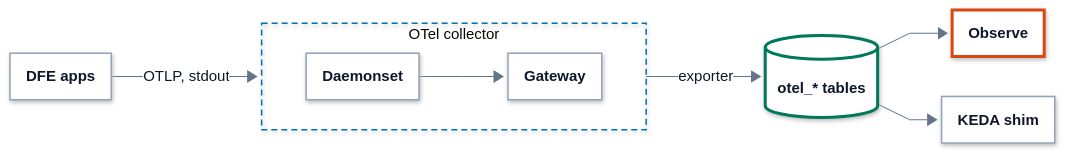
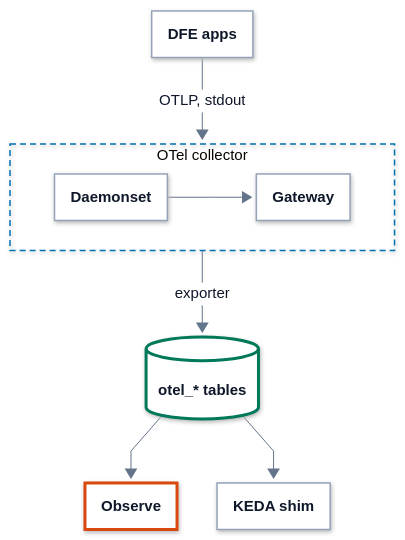
One commit to hyperi-io/dfe-engine changed the diagram in docs/deployment/observability-standard.md. Above: the diagram before and after it, drawn with Mermaid. The commit also changed 32 other files, not shown here.

First line of the commit message:
docs(architecture): engine page to the standard, diagrams to 860 px (#1209)

````diff
--- a/docs/deployment/observability-standard.md
+++ b/docs/deployment/observability-standard.md
@@ -10,81 +10,81 @@
 ```mermaid
 ---
 config:
   theme: base
   look: neo
   fontFamily: Inter, -apple-system, Segoe UI, Roboto, Helvetica, Arial, sans-serif
   flowchart:
     curve: linear
     nodeSpacing: 40
     rankSpacing: 64
     padding: 18
     wrappingWidth: 280
     htmlLabels: true
   elk:
     preset: modelOrder
   themeVariables:
     fontSize: 15px
     lineColor: "#64748B"
     primaryTextColor: "#0F172A"
     clusterBorder: "#0072B2"
     edgeLabelBackground: "#FFFFFF"
   themeCSS: >-
     p{margin:0}
     .node[data-look] rect,.node[data-look] path,.node[data-look] polygon,.node[data-look] .outer-path{filter:drop-shadow(0 1px 2px rgba(15,23,42,.10)) drop-shadow(0 6px 14px rgba(15,23,42,.10))}
     .node rect{rx:10px;ry:10px}
     .cluster rect{rx:16px;ry:16px}
     .node .label div{min-width:150px}
     .node.decision .label div{min-width:0}
     .cluster[data-look] rect{filter:none}
     .nodeLabel{line-height:1.35}
     .nodeLabel b{font-weight:600;font-size:15px;letter-spacing:-0.01em}
     .nodeLabel span{font-size:12.5px;font-weight:400;color:#334155}
     .cluster-label span.nodeLabel{display:inline-block;background:#FFFFFF;color:#0B2A3F;border:1.5px solid #0072B2;border-radius:999px;padding:2px 12px;font-size:11.5px;font-weight:700;letter-spacing:.09em;text-transform:uppercase}
     .flowchart-link{stroke-width:1.75px}
     .labelBkg{background:transparent!important}
     span.edgeLabel{display:inline-block;background:#FFFFFF!important;color:#1E293B;border:1px solid #94A3B8;border-radius:999px;padding:2px 10px;font-size:12px;font-weight:500}
     span.edgeLabel p{background:transparent!important}
     .label-icon{width:20px;height:20px;vertical-align:-4px;margin-right:6px}
     .ingest .label-icon{color:#0E8A7D}
     .xform .label-icon{color:#7B4FB0}
     .load .label-icon{color:#0072B2}
     .bus .label-icon{color:#A8517F}
     .store .label-icon{color:#00785A}
     .ui .label-icon{color:#D9480F}
     .ext .label-icon{color:#64748B}
 ---
-flowchart LR
+flowchart TB
   accTitle: L4 Detail -- Telemetry path
   accDescr: DFE apps push OTLP to the collector gateway, which scrapes their metrics as well, and their stdout reaches it through the collector daemonset. The gateway's ClickHouse exporter writes the otel tables in the DFE database. Observe and the engine's KEDA shim read those tables.
 
   apps["<b>DFE apps</b>"]
 
   subgraph collector["OTel collector"]
     direction LR
     ds["<b>Daemonset</b>"] --> gw["<b>Gateway</b>"]
   end
 
   otel[("<b>otel_* tables</b>")]
   observe["<b>Observe</b>"]
   shim["<b>KEDA shim</b>"]
 
   apps -->|OTLP, stdout| collector
   collector -->|exporter| otel
   otel --> observe
   otel --> shim
+  class otel store
+  class observe ui
+  class apps,ds,gw,shim part
   classDef ext fill:#F4F6F8,stroke:#94A3B8,stroke-width:1.5px,stroke-dasharray:5 4,color:#0F172A
   classDef ingest fill:#FFFFFF,stroke:#0E8A7D,stroke-width:3px,color:#0F172A
   classDef xform fill:#FFFFFF,stroke:#7B4FB0,stroke-width:3px,color:#0F172A
   classDef load fill:#FFFFFF,stroke:#0072B2,stroke-width:3px,color:#0F172A
   classDef bus fill:#FFFFFF,stroke:#A8517F,stroke-width:3px,color:#0F172A
   classDef store fill:#FFFFFF,stroke:#00785A,stroke-width:3px,color:#0F172A
   classDef ui fill:#FFFFFF,stroke:#D9480F,stroke-width:3px,color:#0F172A
   classDef decision fill:#FFFFFF,stroke:#9A6700,stroke-width:3px,color:#0F172A
   classDef error fill:#FFFFFF,stroke:#C2410C,stroke-width:3px,color:#0F172A
   classDef control fill:#FFFFFF,stroke:#334155,stroke-width:3px,color:#0F172A
   classDef part fill:#FFFFFF,stroke:#94A3B8,stroke-width:1.5px,color:#0F172A
-  class otel store
-  class observe ui
-  class apps,ds,gw,shim part
   style collector fill:none,stroke:#0072B2,stroke-width:1.5px,stroke-dasharray:6 4
 ```
````
